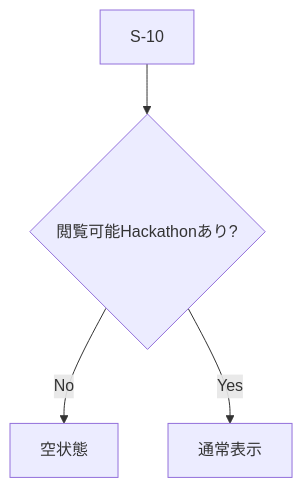
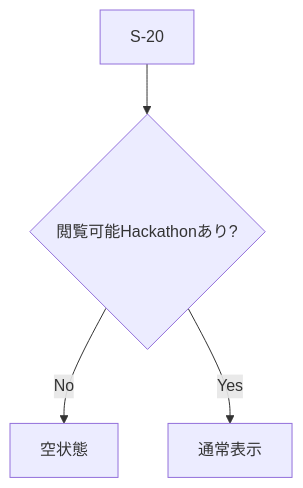
Diagram 11 of 15 in docs/details/03_screen-flow_md.md (Asheze1127/hack-evaluater), drawn with Mermaid before and after one commit. The commit also changed other lines of this file and 2 other files, not shown here.

````diff
--- a/docs/details/03_screen-flow_md.md
+++ b/docs/details/03_screen-flow_md.md
@@ -337,11 +403,11 @@
 ```mermaid
 flowchart TD
-    DASH[S-10]
+    DASH[S-20]
     VISIBLE{閲覧可能Hackathonあり?}
     EMPTY[空状態]
     NORMAL[通常表示]
 
     DASH --> VISIBLE
     VISIBLE -->|No| EMPTY
     VISIBLE -->|Yes| NORMAL
 ```
````
